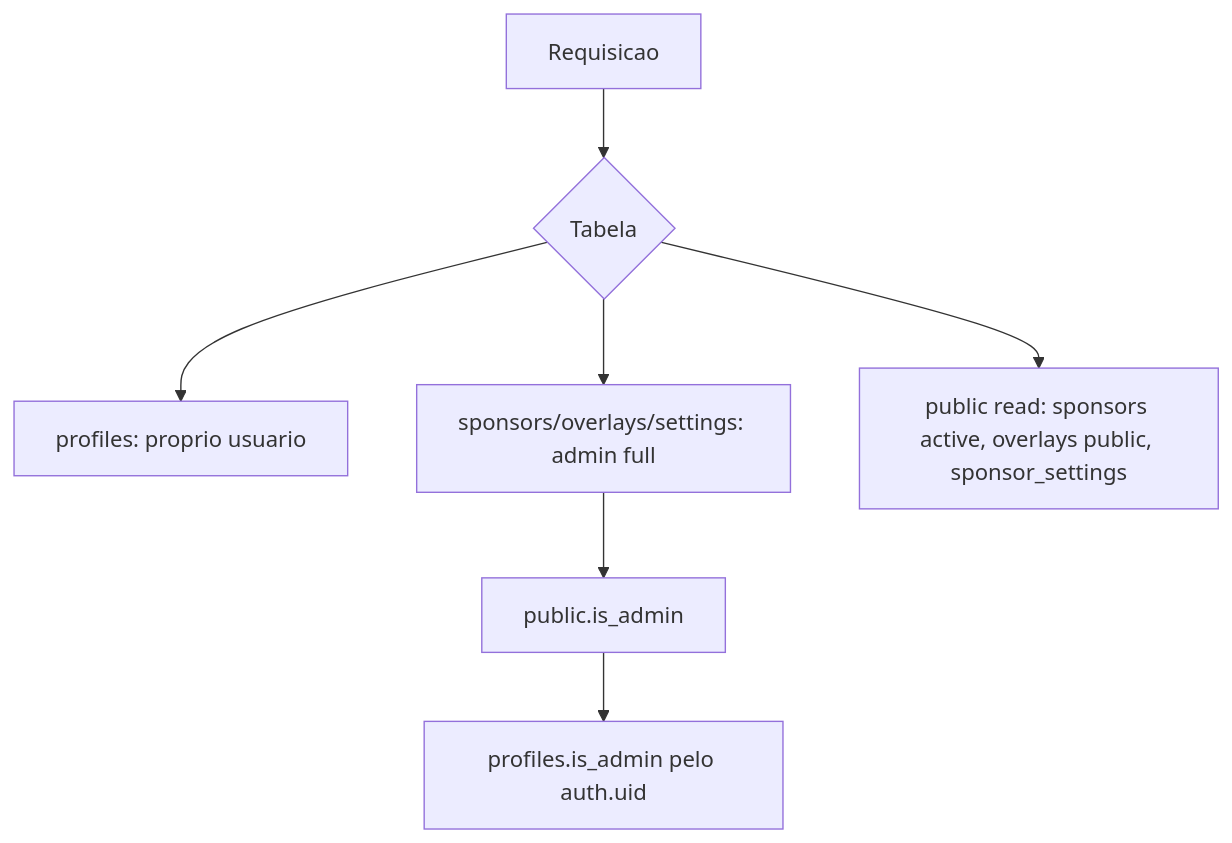
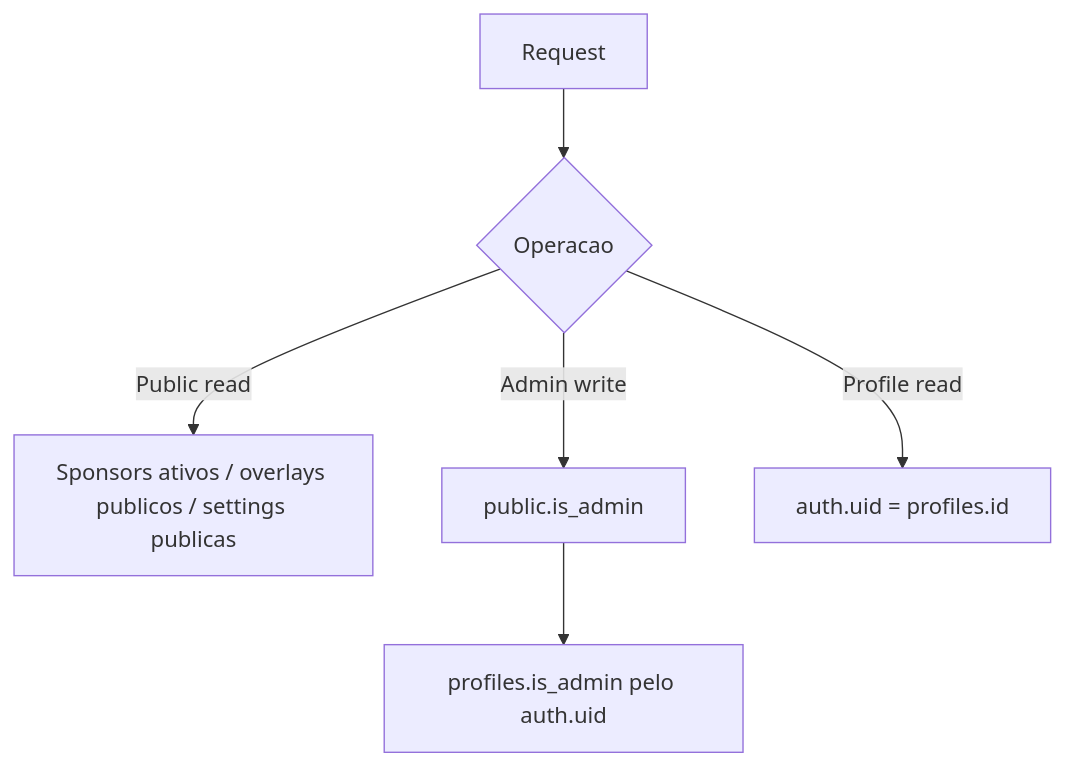
One commit to victorpessoa-dev/pascom-stream-view changed the second of 2 diagrams in docs/banco-de-dados.md. Above: the diagram before and after it, drawn with Mermaid. The commit also changed other lines of this file and 22 other files, not shown here.

````diff
--- a/docs/banco-de-dados.md
+++ b/docs/banco-de-dados.md
@@ -76,9 +78,8 @@
 ```mermaid
 flowchart TD
-  A[Requisicao] --> B{Tabela}
-  B --> C[profiles: proprio usuario]
-  B --> D[sponsors/overlays/settings: admin full]
-  B --> E[public read: sponsors active, overlays public, sponsor_settings]
-  D --> F[public.is_admin]
-  F --> G[profiles.is_admin pelo auth.uid]
+  A[Request] --> B{Operacao}
+  B -- Public read --> C[Sponsors ativos / overlays publicos / settings publicas]
+  B -- Admin write --> D[public.is_admin]
+  D --> E[profiles.is_admin pelo auth.uid]
+  B -- Profile read --> F[auth.uid = profiles.id]
 ```
````
